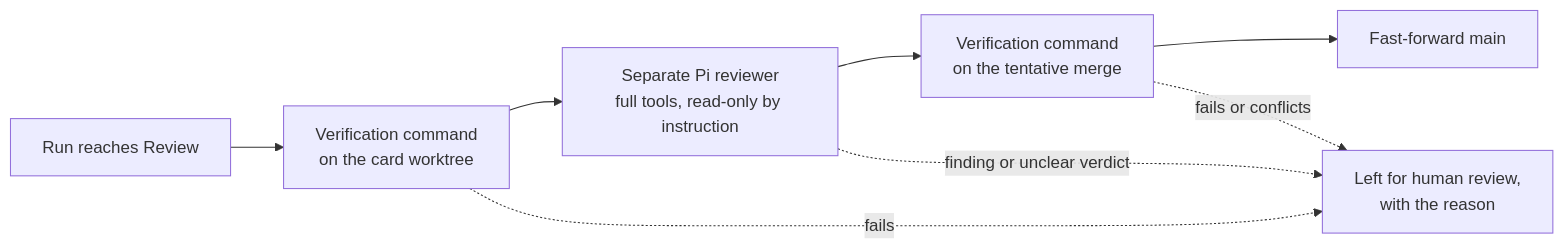
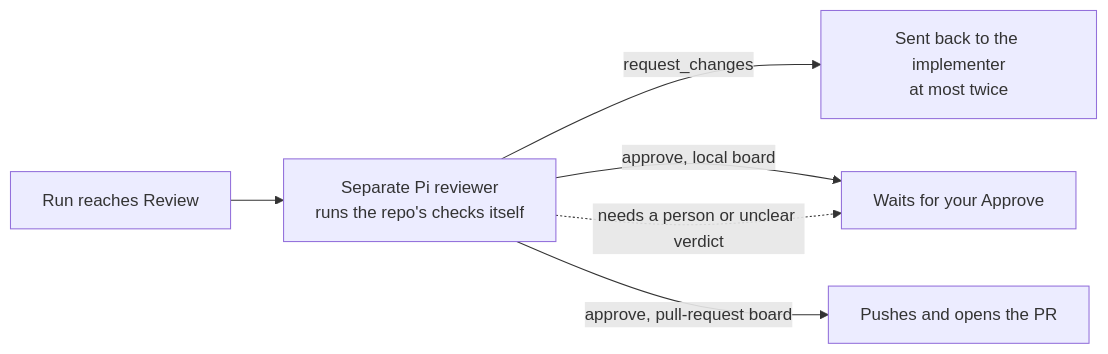
The fourth of 5 diagrams in docs/reference.md (aglowinthefield/alice), drawn with Mermaid before and after one commit. The commit also changed other lines of this file and 25 other files, not shown here.

First line of the commit message:
Drop auto-review's verification command and unattended local merges

````diff
--- a/docs/reference.md
+++ b/docs/reference.md
@@ -305,10 +305,8 @@
 ```mermaid
 flowchart LR
-  A[Run reaches Review] --> B[Verification command<br/>on the card worktree]
-  B --> C[Separate Pi reviewer<br/>full tools, read-only by instruction]
-  C --> D[Verification command<br/>on the tentative merge]
-  D --> E[Fast-forward main]
-  B -. fails .-> H[Left for human review,<br/>with the reason]
-  C -. finding or unclear verdict .-> H
-  D -. fails or conflicts .-> H
+  A[Run reaches Review] --> C[Separate Pi reviewer<br/>runs the repo's checks itself]
+  C -- request_changes --> S[Sent back to the implementer<br/>at most twice]
+  C -- approve, local board --> H[Waits for your Approve]
+  C -- approve, pull-request board --> P[Pushes and opens the PR]
+  C -. needs a person or unclear verdict .-> H
 ```
````
